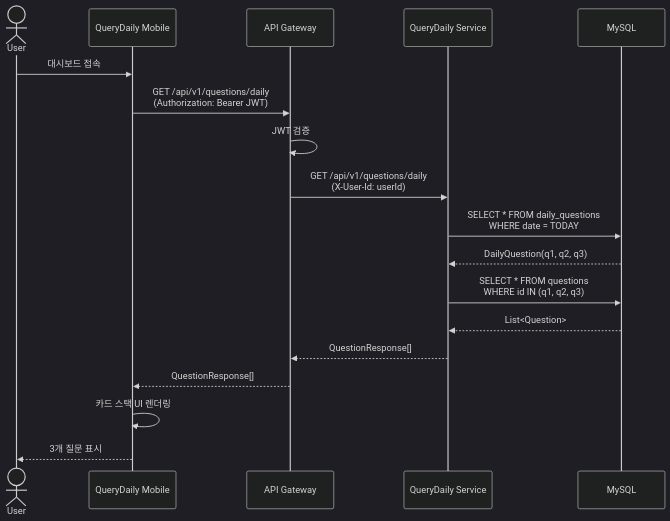
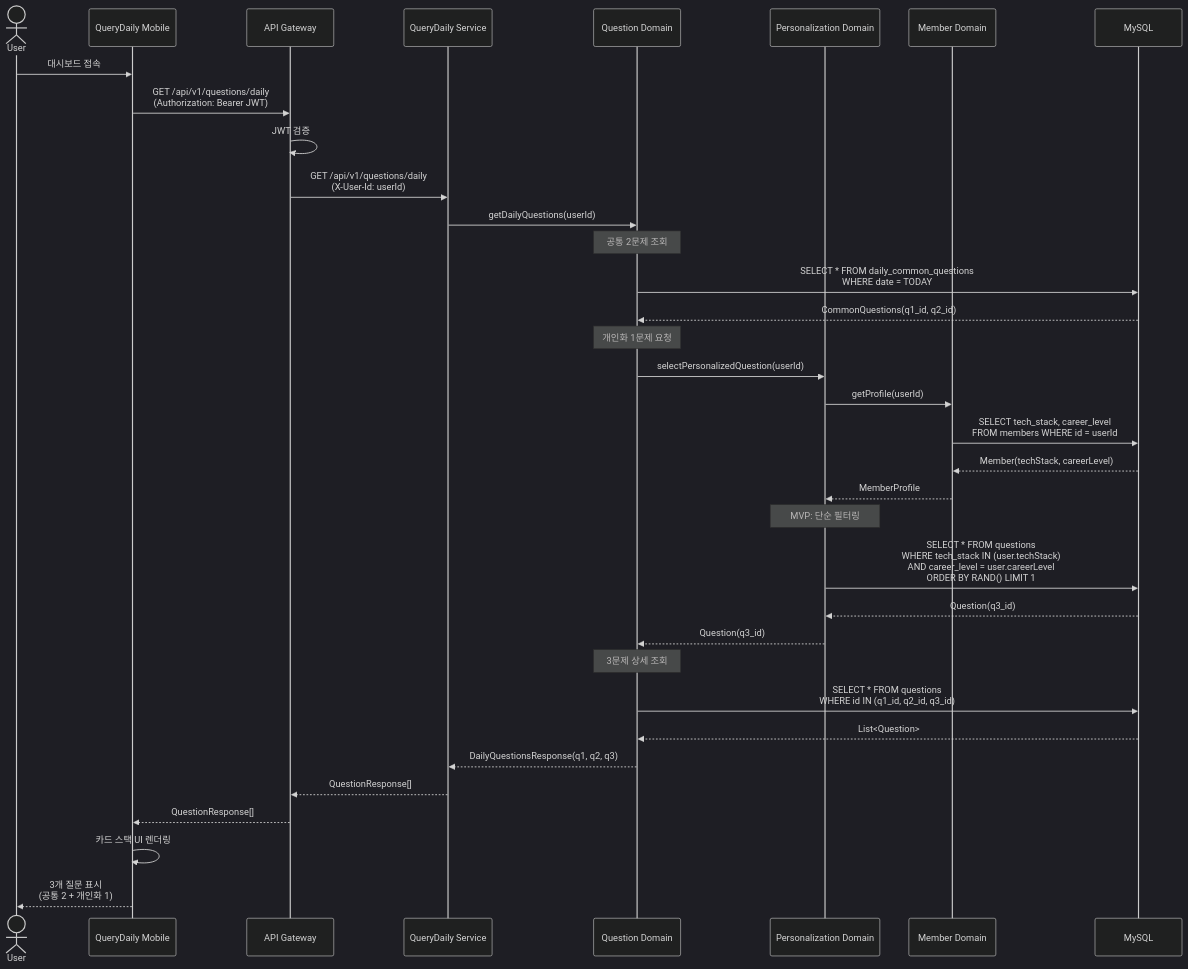
One commit to AsyncSite/querydaily-frontend changed the sixth of 12 diagrams in docs/plan/MOBILE_MVP_ROADMAP.md. Above: the diagram before and after it, drawn with Mermaid (dark theme). The commit also changed other lines of this file, not shown here.

First line of the commit message:
docs: Add orchestration layer to backend architecture

````diff
--- a/docs/plan/MOBILE_MVP_ROADMAP.md
+++ b/docs/plan/MOBILE_MVP_ROADMAP.md
@@ -1895,21 +2015,44 @@
 ```mermaid
 sequenceDiagram
     actor User
     participant Mobile as QueryDaily Mobile
     participant Gateway as API Gateway
     participant QDService as QueryDaily Service
+    participant QuestionDomain as Question Domain
+    participant PersonalizationDomain as Personalization Domain
+    participant MemberDomain as Member Domain
     participant DB as MySQL
 
     User->>Mobile: 대시보드 접속
     Mobile->>Gateway: GET /api/v1/questions/daily<br/>(Authorization: Bearer JWT)
     Gateway->>Gateway: JWT 검증
     Gateway->>QDService: GET /api/v1/questions/daily<br/>(X-User-Id: userId)
-    QDService->>DB: SELECT * FROM daily_questions<br/>WHERE date = TODAY
-    DB-->>QDService: DailyQuestion(q1, q2, q3)
-    QDService->>DB: SELECT * FROM questions<br/>WHERE id IN (q1, q2, q3)
-    DB-->>QDService: List<Question>
+
+    QDService->>QuestionDomain: getDailyQuestions(userId)
+
+    Note over QuestionDomain: 공통 2문제 조회
+    QuestionDomain->>DB: SELECT * FROM daily_common_questions<br/>WHERE date = TODAY
+    DB-->>QuestionDomain: CommonQuestions(q1_id, q2_id)
+
+    Note over QuestionDomain: 개인화 1문제 요청
+    QuestionDomain->>PersonalizationDomain: selectPersonalizedQuestion(userId)
+    PersonalizationDomain->>MemberDomain: getProfile(userId)
+    MemberDomain->>DB: SELECT tech_stack, career_level<br/>FROM members WHERE id = userId
+    DB-->>MemberDomain: Member(techStack, careerLevel)
+    MemberDomain-->>PersonalizationDomain: MemberProfile
+
+    Note over PersonalizationDomain: MVP: 단순 필터링
+    PersonalizationDomain->>DB: SELECT * FROM questions<br/>WHERE tech_stack IN (user.techStack)<br/>AND career_level = user.careerLevel<br/>ORDER BY RAND() LIMIT 1
+    DB-->>PersonalizationDomain: Question(q3_id)
+    PersonalizationDomain-->>QuestionDomain: Question(q3_id)
+
+    Note over QuestionDomain: 3문제 상세 조회
+    QuestionDomain->>DB: SELECT * FROM questions<br/>WHERE id IN (q1_id, q2_id, q3_id)
+    DB-->>QuestionDomain: List<Question>
+
+    QuestionDomain-->>QDService: DailyQuestionsResponse(q1, q2, q3)
     QDService-->>Gateway: QuestionResponse[]
     Gateway-->>Mobile: QuestionResponse[]
     Mobile->>Mobile: 카드 스택 UI 렌더링
-    Mobile-->>User: 3개 질문 표시
+    Mobile-->>User: 3개 질문 표시<br/>(공통 2 + 개인화 1)
 ```
````
